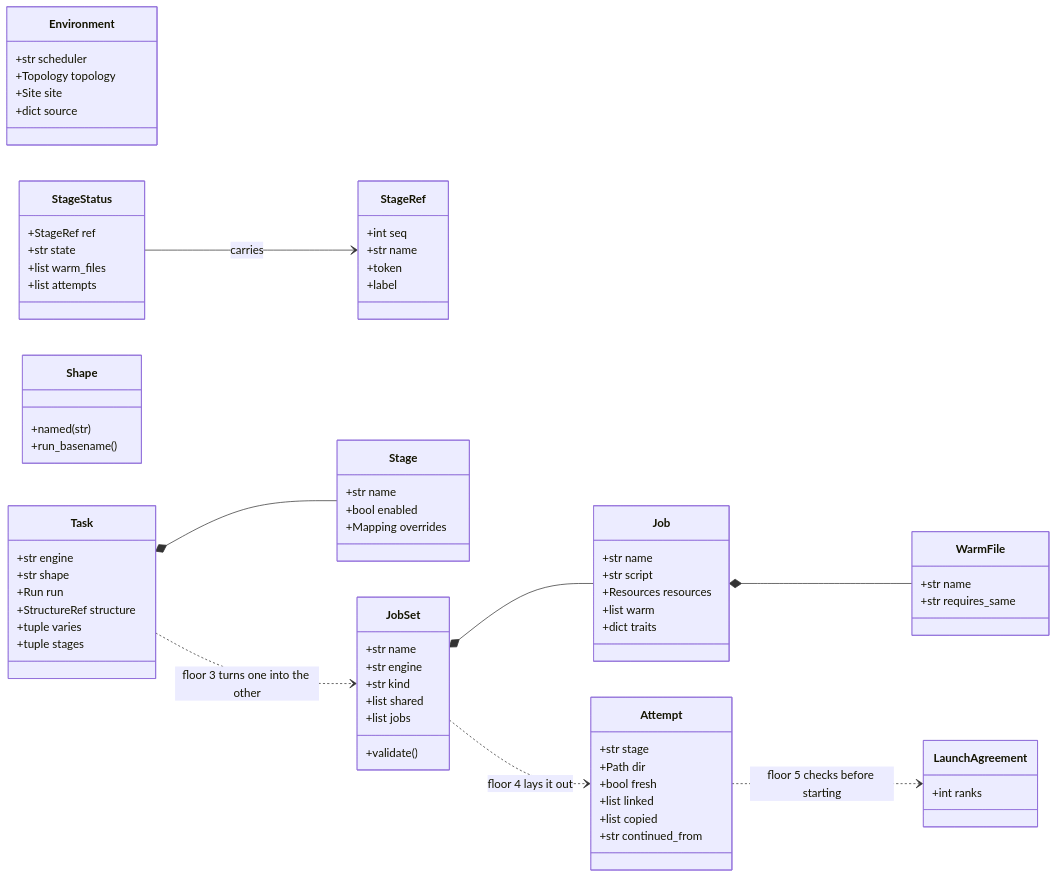
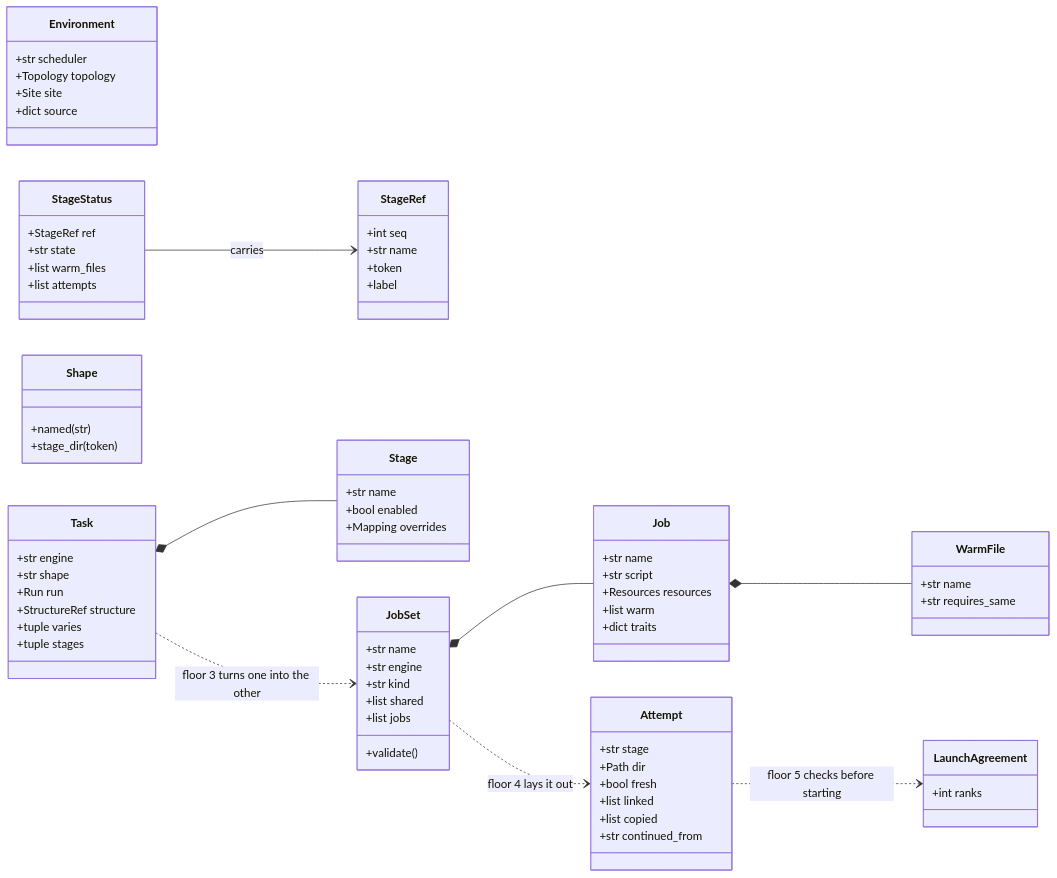
The third of 10 diagrams in docs/execution/architecture.md (Qing-LAB/molbuilder), drawn with Mermaid before and after one commit. The commit also changed other lines of this file and 27 other files, not shown here.

````diff
--- a/docs/execution/architecture.md
+++ b/docs/execution/architecture.md
@@ -273,76 +273,76 @@
 ```mermaid
 classDiagram
     direction LR
     class StageRef {
       +int seq
       +str name
       +token
       +label
     }
     class Environment {
       +str scheduler
       +Topology topology
       +Site site
       +dict source
     }
     class Task {
       +str engine
       +str shape
       +Run run
       +StructureRef structure
       +tuple varies
       +tuple stages
     }
     class Stage {
       +str name
       +bool enabled
       +Mapping overrides
     }
     class JobSet {
       +str name
       +str engine
       +str kind
       +list shared
       +list jobs
       +validate()
     }
     class Job {
       +str name
       +str script
       +Resources resources
       +list warm
       +dict traits
     }
     class WarmFile {
       +str name
       +str requires_same
     }
     class Shape {
       +named(str)
-      +run_basename()
+      +stage_dir(token)
     }
     class Attempt {
       +str stage
       +Path dir
       +bool fresh
       +list linked
       +list copied
       +str continued_from
     }
     class LaunchAgreement {
       +int ranks
     }
     class StageStatus {
       +StageRef ref
       +str state
       +list warm_files
       +list attempts
     }
     Task *-- Stage
     JobSet *-- Job
     Job *-- WarmFile
     StageStatus --> StageRef : carries
     Task ..> JobSet : floor 3 turns one into the other
     JobSet ..> Attempt : floor 4 lays it out
     Attempt ..> LaunchAgreement : floor 5 checks before starting
 ```
````
